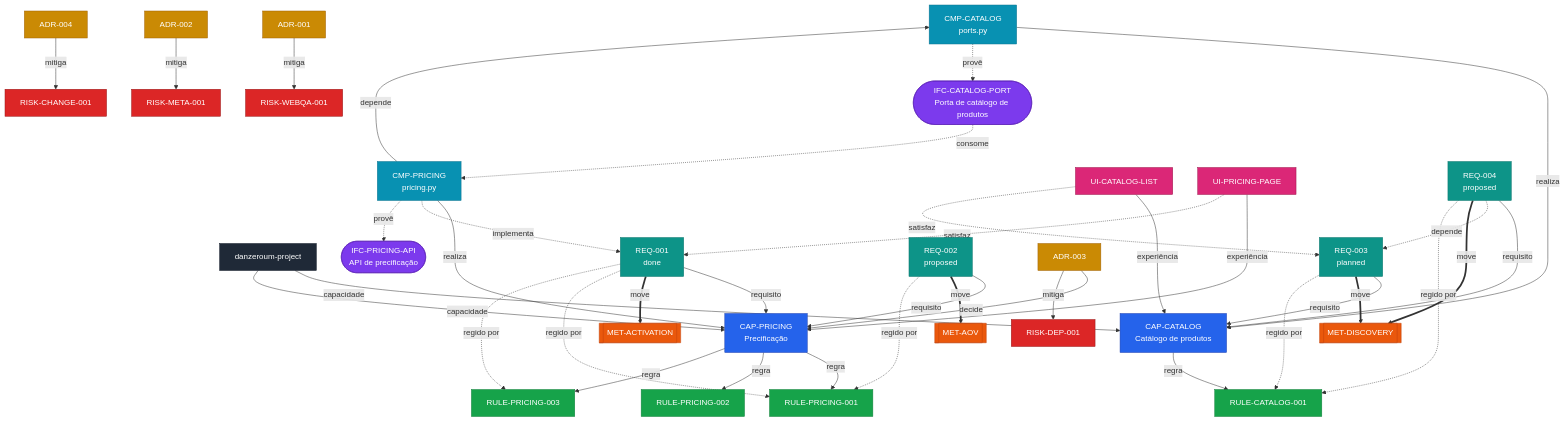
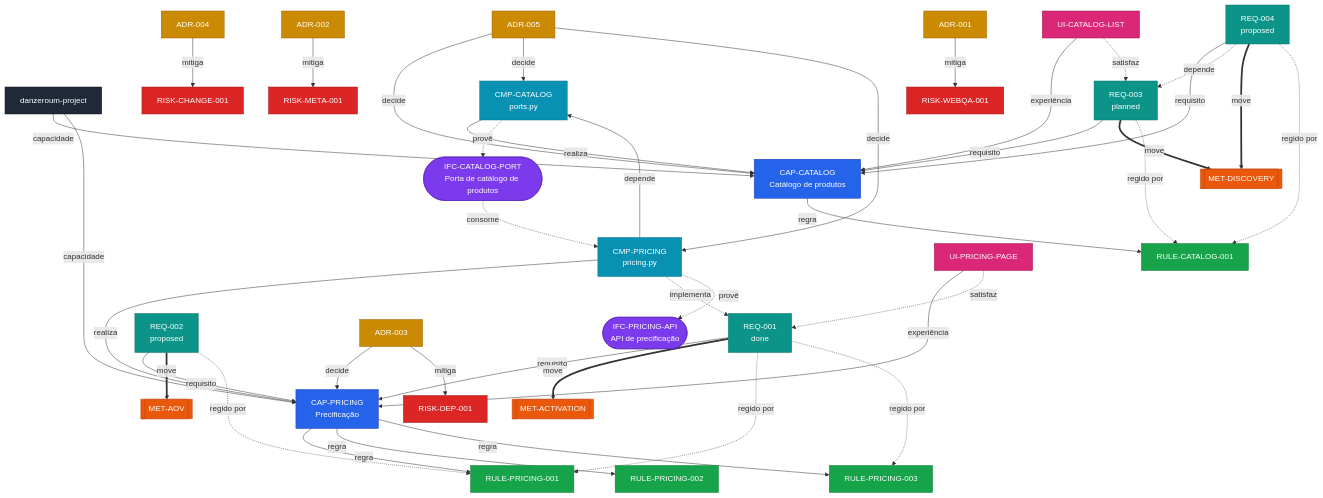
Before and after one commit to danzeroum/project: the diagram in docs/metadata-graph.md, drawn with Mermaid. The commit also changed 6 other files, not shown here.

````diff
--- a/docs/metadata-graph.md
+++ b/docs/metadata-graph.md
@@ -73,6 +73,10 @@
   ADR_003 -->|mitiga| RISK_DEP_001
   ADR_004["ADR-004"]
   ADR_004 -->|mitiga| RISK_CHANGE_001
+  ADR_005["ADR-005"]
+  ADR_005 -->|decide| CAP_CATALOG
+  ADR_005 -->|decide| CMP_CATALOG
+  ADR_005 -->|decide| CMP_PRICING
   classDef project fill:#1f2937,stroke:#111827,color:#fff;
   class PROJ_danzeroum_project project;
   classDef cap fill:#2563eb,stroke:#1e40af,color:#fff;
@@ -90,7 +94,7 @@
   classDef met fill:#ea580c,stroke:#c2410c,color:#fff;
   class MET_ACTIVATION,MET_AOV,MET_DISCOVERY met;
   classDef adr fill:#ca8a04,stroke:#a16207,color:#fff;
-  class ADR_001,ADR_002,ADR_003,ADR_004 adr;
+  class ADR_001,ADR_002,ADR_003,ADR_004,ADR_005 adr;
   classDef risk fill:#dc2626,stroke:#991b1b,color:#fff;
   class RISK_CHANGE_001,RISK_DEP_001,RISK_META_001,RISK_WEBQA_001 risk;
 ```
````
